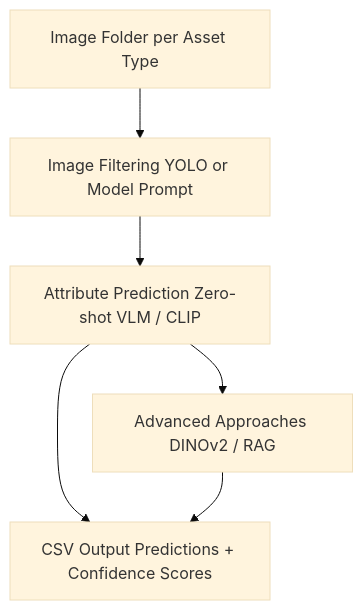
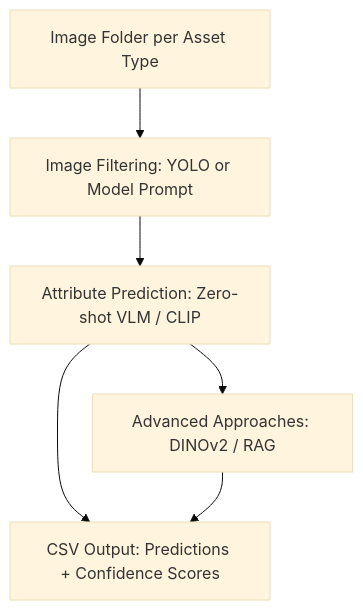
Before and after one commit to sgauth01/parks-asset-img-class: the diagram in reports/Image_analysis_of_park_infrastructure_report.qmd, drawn with Mermaid (base theme). The commit also changed other lines of this file and 9 other files, not shown here.

````diff
--- a/reports/Image_analysis_of_park_infrastructure_report.qmd
+++ b/reports/Image_analysis_of_park_infrastructure_report.qmd
@@ -284,13 +284,13 @@
 ```{mermaid}
 %%| label: fig-pipeline
 %%| fig-cap: "High-level overview of the proposed attribute prediction pipeline"
-%%| fig-width: 3
-%%| fig-height: 5
+%%| fig-width: 2.5
+%%| fig-height: 4
 
 flowchart TD
-    A["Image Folder per Asset Type"] --> B["Image Filtering YOLO or Model Prompt"]
-    B --> C["Attribute Prediction Zero-shot VLM / CLIP"]
-    C --> D["CSV Output Predictions + Confidence Scores"]
-    C --> E["Advanced Approaches DINOv2 / RAG"]
+    A["Image Folder per Asset Type"] --> B["Image Filtering: YOLO or Model Prompt"]
+    B --> C["Attribute Prediction: Zero-shot VLM / CLIP"]
+    C --> D["CSV Output: Predictions + Confidence Scores"]
+    C --> E["Advanced Approaches: DINOv2 / RAG"]
     E --> D
 ```
````
